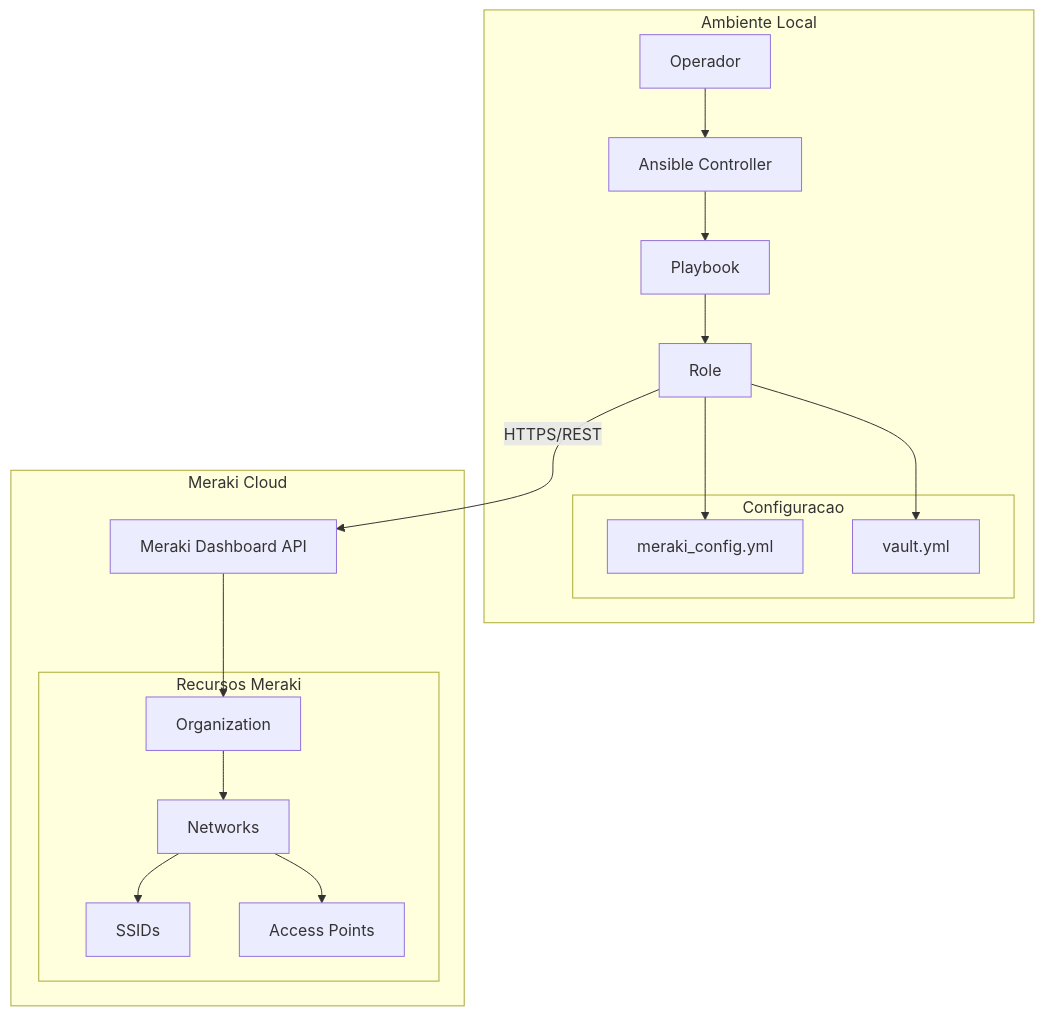
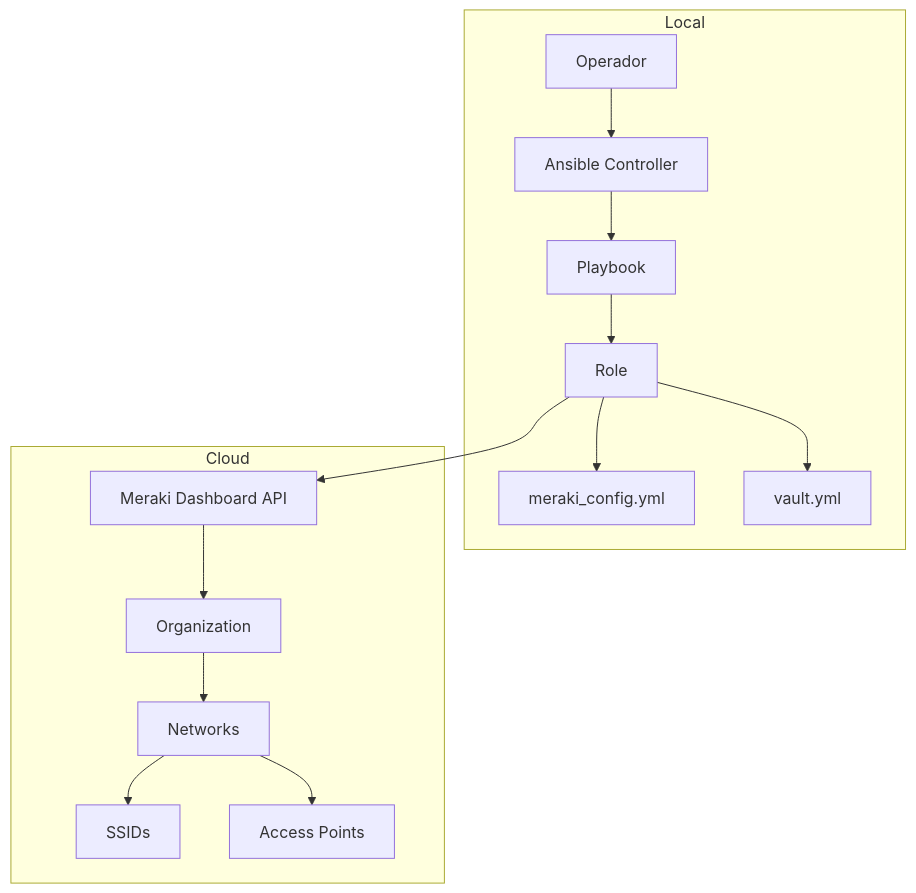
The first of 11 diagrams in docs/system-modeling.md (rodrigo-freitas-com/meraki-ansible), drawn with Mermaid before and after one commit. The commit also changed other lines of this file and 3 other files, not shown here.

````diff
--- a/docs/system-modeling.md
+++ b/docs/system-modeling.md
@@ -73,34 +86,30 @@
 ```mermaid
 graph TB
-    subgraph Local[Ambiente Local]
-        A[Operador] --> B[Ansible Controller]
-        B --> C[Playbook]
-        C --> D[Role]
-
-        subgraph Config[Configuracao]
-            E[meraki_config.yml]
-            F[vault.yml]
-        end
-
-        D --> E
-        D --> F
+    subgraph Local
+        A[Operador]
+        B[Ansible Controller]
+        C[Playbook]
+        D[Role]
+        E[meraki_config.yml]
+        F[vault.yml]
     end
 
-    subgraph Cloud[Meraki Cloud]
+    subgraph Cloud
         G[Meraki Dashboard API]
-
-        subgraph Resources[Recursos Meraki]
-            H[Organization]
-            I[Networks]
-            J[SSIDs]
-            K[Access Points]
-        end
-
-        G --> H
-        H --> I
-        I --> J
-        I --> K
+        H[Organization]
+        I[Networks]
+        J[SSIDs]
+        K[Access Points]
     end
 
-    D -->|HTTPS/REST| G
+    A --> B
+    B --> C
+    C --> D
+    D --> E
+    D --> F
+    D --> G
+    G --> H
+    H --> I
+    I --> J
+    I --> K
 ```
````
